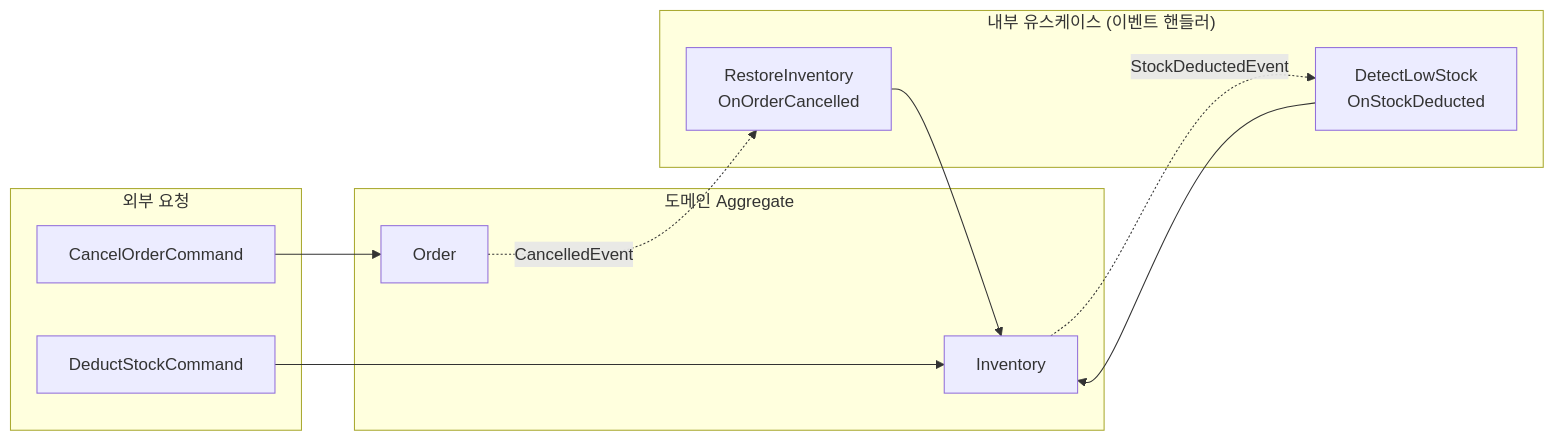
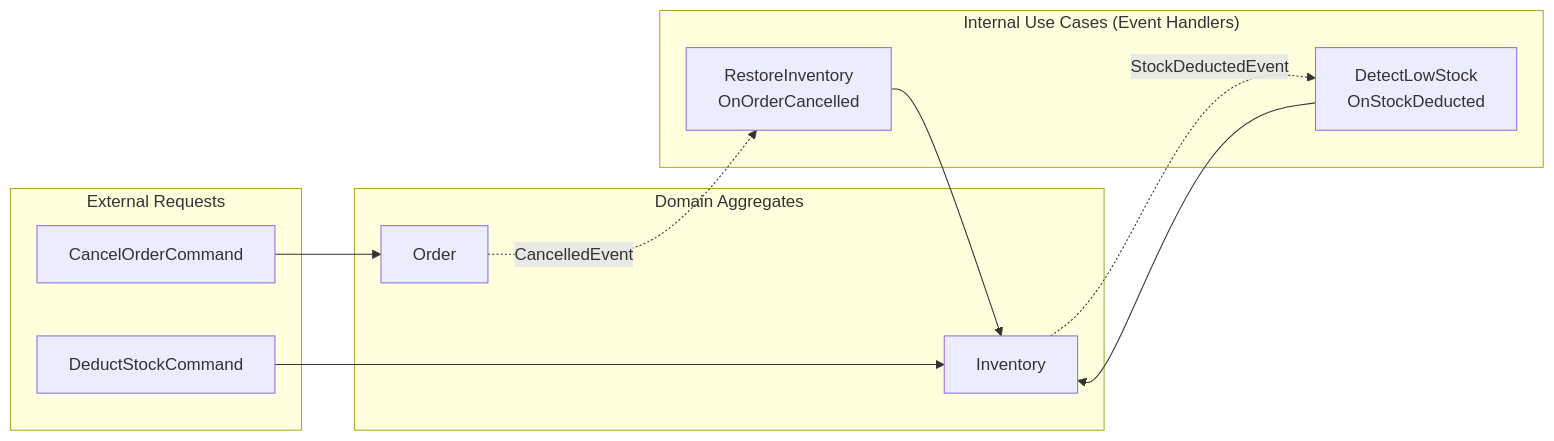
One commit to hhko/Functorium changed the first of 7 diagrams in Docs.Site/src/content/docs/samples/ecommerce-ddd/application/03-implementation-results.md. Above: the diagram before and after it, drawn with Mermaid. The commit also changed other lines of this file, not shown here.

````diff
--- a/Docs.Site/src/content/docs/samples/ecommerce-ddd/application/03-implementation-results.md
+++ b/Docs.Site/src/content/docs/samples/ecommerce-ddd/application/03-implementation-results.md
@@ -507,24 +507,24 @@
 ```mermaid
 flowchart LR
-    subgraph 외부["외부 요청"]
+    subgraph External["External Requests"]
         CancelCmd["CancelOrderCommand"]
         DeductCmd["DeductStockCommand"]
     end
 
-    subgraph 도메인["도메인 Aggregate"]
+    subgraph Domain["Domain Aggregates"]
         Order["Order"]
         Inventory["Inventory"]
     end
 
-    subgraph 내부["내부 유스케이스 (이벤트 핸들러)"]
+    subgraph Internal["Internal Use Cases (Event Handlers)"]
         H1["RestoreInventory\nOnOrderCancelled"]
         H2["DetectLowStock\nOnStockDeducted"]
     end
 
     CancelCmd --> Order
     DeductCmd --> Inventory
     Order -. "CancelledEvent" .-> H1
     Inventory -. "StockDeductedEvent" .-> H2
     H1 --> Inventory
     H2 --> Inventory
 ```
````
